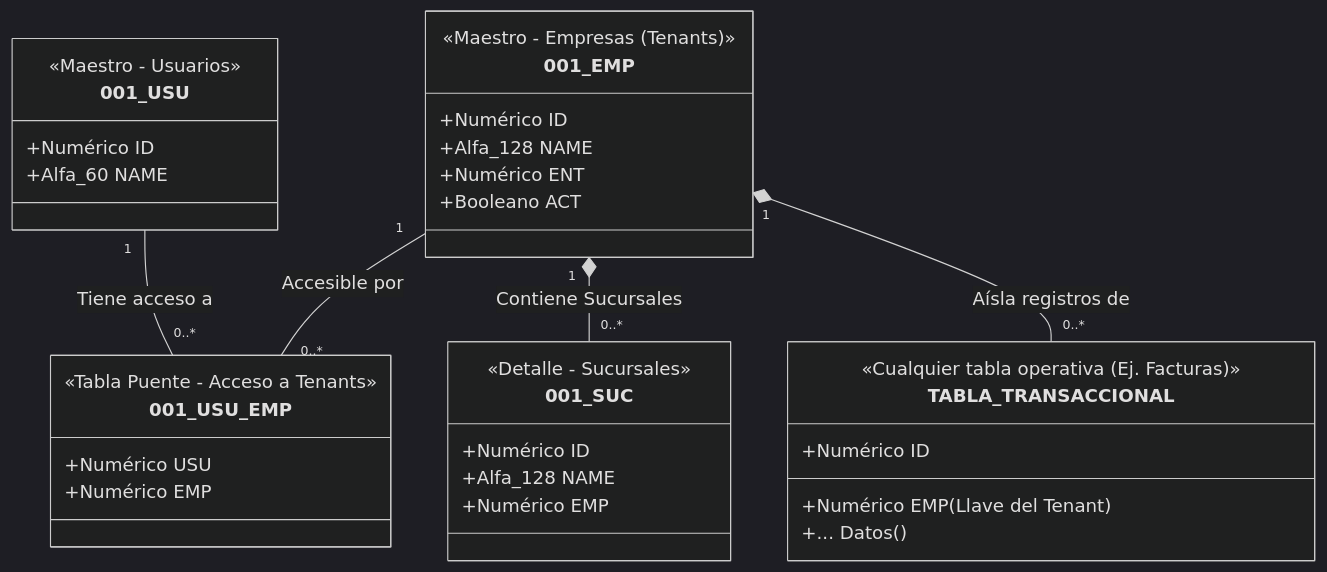
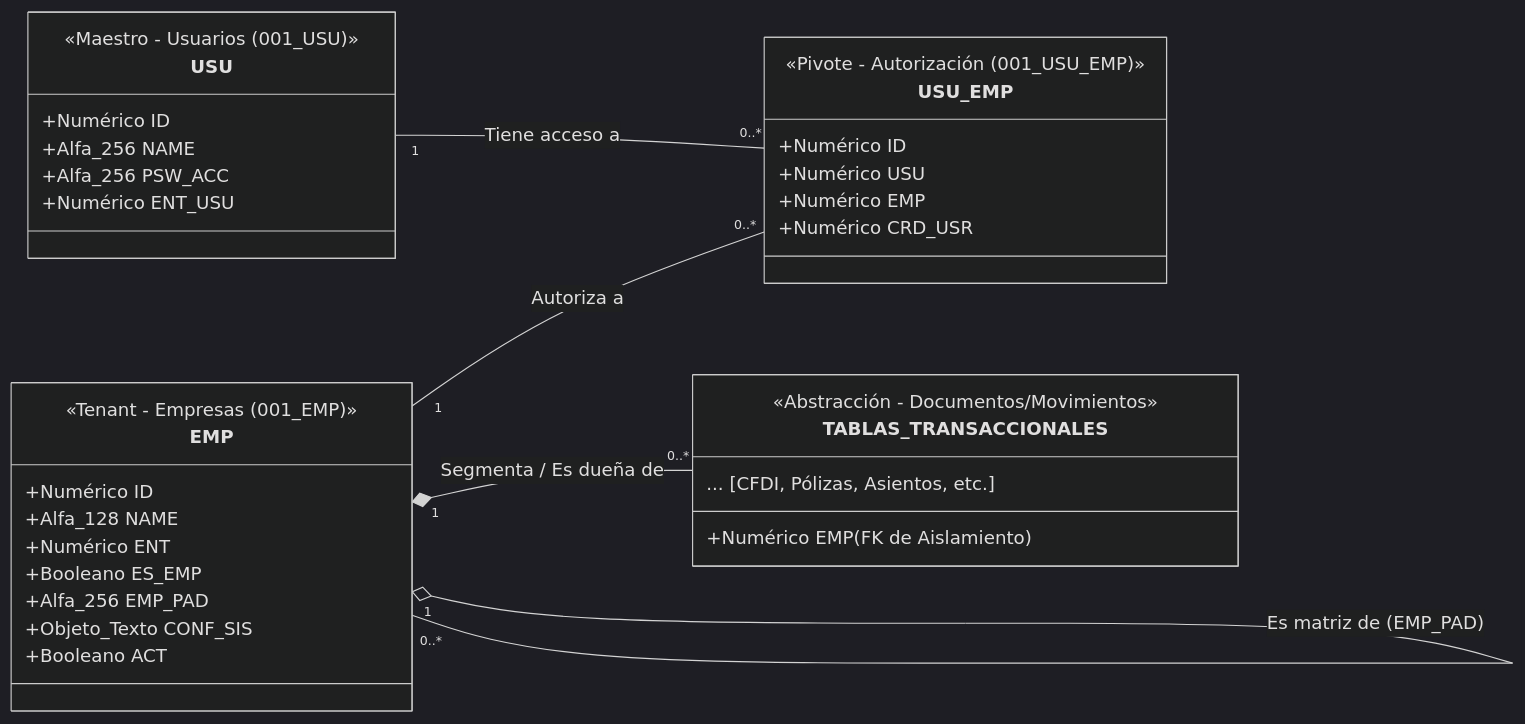
The first of 4 diagrams in data/1. Principales/Diagramas/002_Arquitectura_Multiempresa.md (arturomiranda/ds-qs), drawn with Mermaid (dark theme) before and after one commit. The commit also changed other lines of this file and 2 other files, not shown here.

Commit message:
se añadierpon los diagramas de contabilidad y CFDI

````diff
--- a/data/1. Principales/Diagramas/002_Arquitectura_Multiempresa.md
+++ b/data/1. Principales/Diagramas/002_Arquitectura_Multiempresa.md
@@ -11,46 +7,48 @@
 ```mermaid
 classDiagram
-    %% Relación de asignación de acceso (Muchos a Muchos)
-    001_USU "1" -- "0..*" 001_USU_EMP : Tiene acceso a
-    001_EMP "1" -- "0..*" 001_USU_EMP : Accesible por
+    direction LR
+
+    %% Capa de Seguridad y Acceso
+    class USU {
+        <<Maestro - Usuarios (001_USU)>>
+        +Numérico ID
+        +Alfa_256 NAME
+        +Alfa_256 PSW_ACC
+        +Numérico ENT_USU  
+    }
     
-    %% Jerarquía Organizacional Interna
-    001_EMP "1" *-- "0..*" 001_SUC : Contiene Sucursales
+    class USU_EMP {
+        <<Pivote - Autorización (001_USU_EMP)>>
+        +Numérico ID
+        +Numérico USU
+        +Numérico EMP
+        +Numérico CRD_USR
+    }
     
-    %% Aislamiento de Datos (Ejemplo de Composición hacia el Tenant)
-    001_EMP "1" *-- "0..*" TABLA_TRANSACCIONAL : Aísla registros de
-
-    class 001_EMP {
-        <<Maestro - Empresas (Tenants)>>
+    %% El Núcleo Multi-Tenant
+    class EMP {
+        <<Tenant - Empresas (001_EMP)>>
         +Numérico ID
         +Alfa_128 NAME
         +Numérico ENT
+        +Booleano ES_EMP
+        +Alfa_256 EMP_PAD
+        +Objeto_Texto CONF_SIS
         +Booleano ACT
     }
+
+    %% Representación resumida de la Operación
+    class TABLAS_TRANSACCIONALES {
+        <<Abstracción - Documentos/Movimientos>>
+        +Numérico EMP (FK de Aislamiento)
+        ... [CFDI, Pólizas, Asientos, etc.]
+    }
+
+    %% Relaciones Multiempresa
+    USU "1" -- "0..*" USU_EMP : Tiene acceso a
+    EMP "1" -- "0..*" USU_EMP : Autoriza a
+    EMP "1" *-- "0..*" TABLAS_TRANSACCIONALES : Segmenta / Es dueña de
     
-    class 001_SUC {
-        <<Detalle - Sucursales>>
-        +Numérico ID
-        +Alfa_128 NAME
-        +Numérico EMP
-    }
-    
-    class 001_USU {
-        <<Maestro - Usuarios>>
-        +Numérico ID
-        +Alfa_60 NAME
-    }
-    
-    class 001_USU_EMP {
-        <<Tabla Puente - Acceso a Tenants>>
-        +Numérico USU
-        +Numérico EMP
-    }
-    
-    class TABLA_TRANSACCIONAL {
-        <<Cualquier tabla operativa (Ej. Facturas)>>
-        +Numérico ID
-        +Numérico EMP (Llave del Tenant)
-        +... Datos()
-    }
+    %% Relación Jerárquica de Sucursales (Relación Reflexiva)
+    EMP "1" o-- "0..*" EMP : Es matriz de (EMP_PAD)
 ```
````
